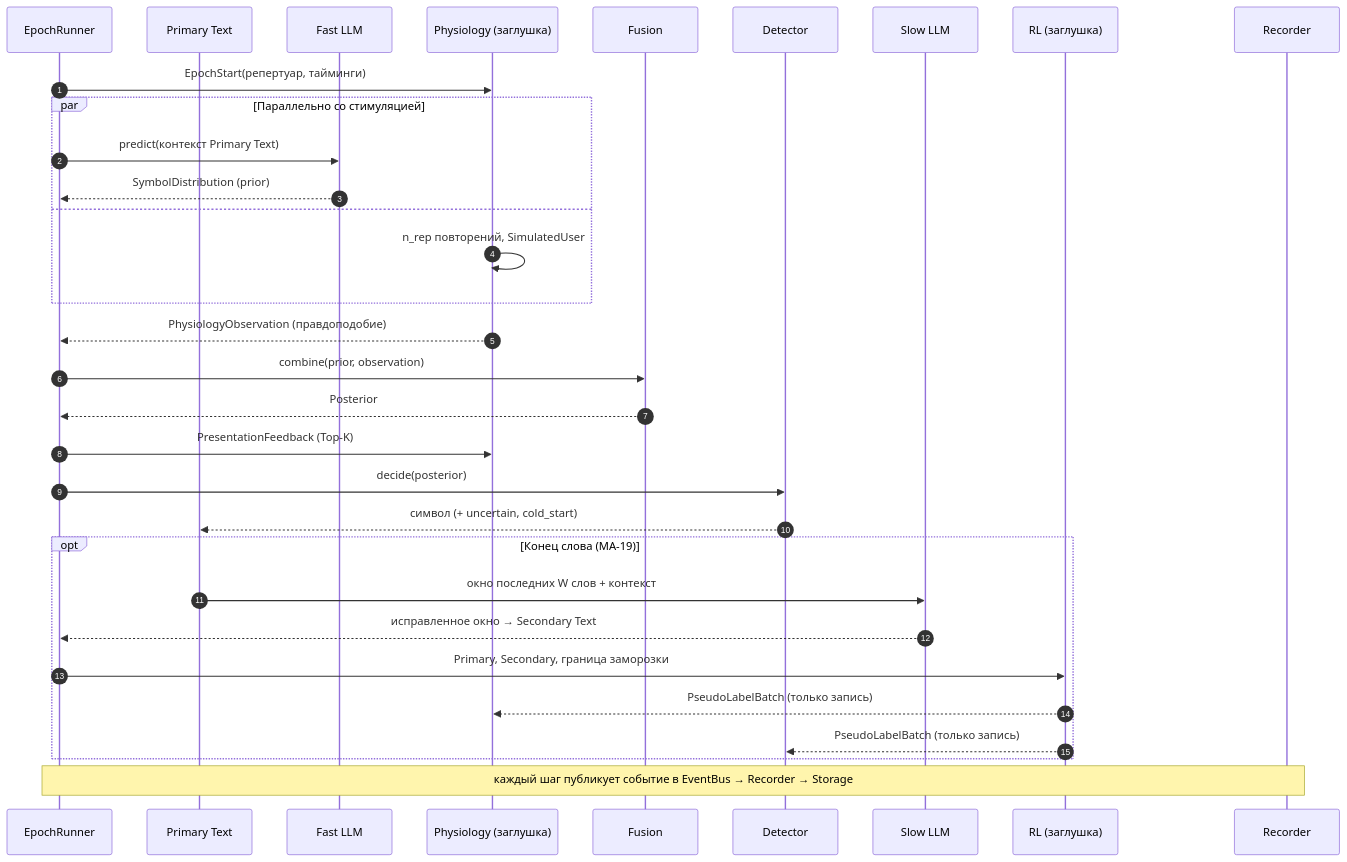
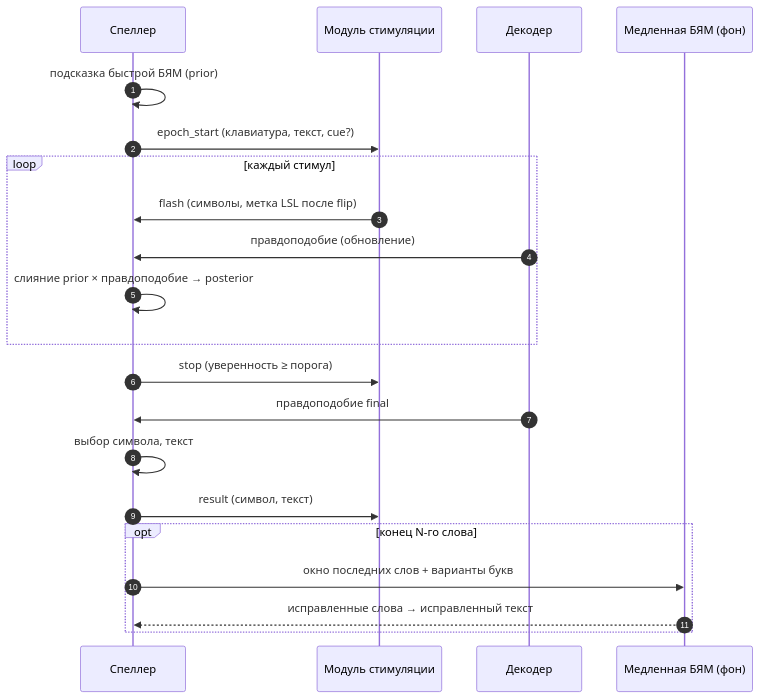
Before and after one commit to WaRotiFY/speller1p: the diagram in docs/ARCHITECTURE.md, drawn with Mermaid. The commit also changed other lines of this file and 110 other files, not shown here.

````diff
--- a/docs/ARCHITECTURE.md
+++ b/docs/ARCHITECTURE.md
@@ -235,35 +18,23 @@
 ```mermaid
 sequenceDiagram
     autonumber
-    participant Core as EpochRunner
-    participant PT as Primary Text
-    participant FSM as Fast LLM
-    participant PM as Physiology (заглушка)
-    participant SI as Fusion
-    participant PSD as Detector
-    participant PTC as Slow LLM
-    participant RL as RL (заглушка)
-    participant REC as Recorder
-
-    Core->>PM: EpochStart(репертуар, тайминги)
-    par Параллельно со стимуляцией
-        Core->>FSM: predict(контекст Primary Text)
-        FSM-->>Core: SymbolDistribution (prior)
-    and
-        PM->>PM: n_rep повторений, SimulatedUser
+    participant S as Спеллер
+    participant M as Модуль стимуляции
+    participant D as Декодер
+    participant L as Медленная БЯМ (фон)
+    S->>S: подсказка быстрой БЯМ (prior)
+    S->>M: epoch_start (клавиатура, текст, cue?)
+    loop каждый стимул
+        M->>S: flash (символы, метка LSL после flip)
+        D->>S: правдоподобие (обновление)
+        S->>S: слияние prior × правдоподобие → posterior
     end
-    PM-->>Core: PhysiologyObservation (правдоподобие)
-    Core->>SI: combine(prior, observation)
-    SI-->>Core: Posterior
-    Core->>PM: PresentationFeedback (Top-K)
-    Core->>PSD: decide(posterior)
-    PSD-->>PT: символ (+ uncertain, cold_start)
-    opt Конец слова (MA-19)
-        PT->>PTC: окно последних W слов + контекст
-        PTC-->>Core: исправленное окно → Secondary Text
-        Core->>RL: Primary, Secondary, граница заморозки
-        RL-->>PM: PseudoLabelBatch (только запись)
-        RL-->>PSD: PseudoLabelBatch (только запись)
+    S->>M: stop (уверенность ≥ порога)
+    D->>S: правдоподобие final
+    S->>S: выбор символа, текст
+    S->>M: result (символ, текст)
+    opt конец N-го слова
+        S->>L: окно последних слов + варианты букв
+        L-->>S: исправленные слова → исправленный текст
     end
-    Note over Core,REC: каждый шаг публикует событие в EventBus → Recorder → Storage
 ```
````
